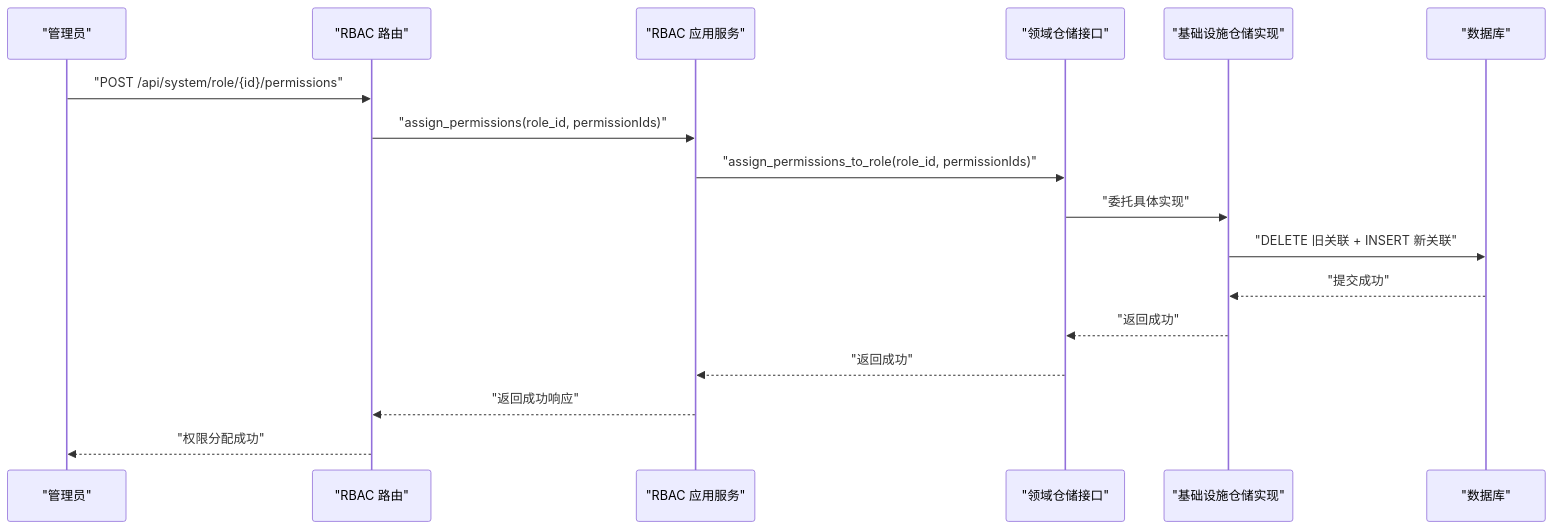
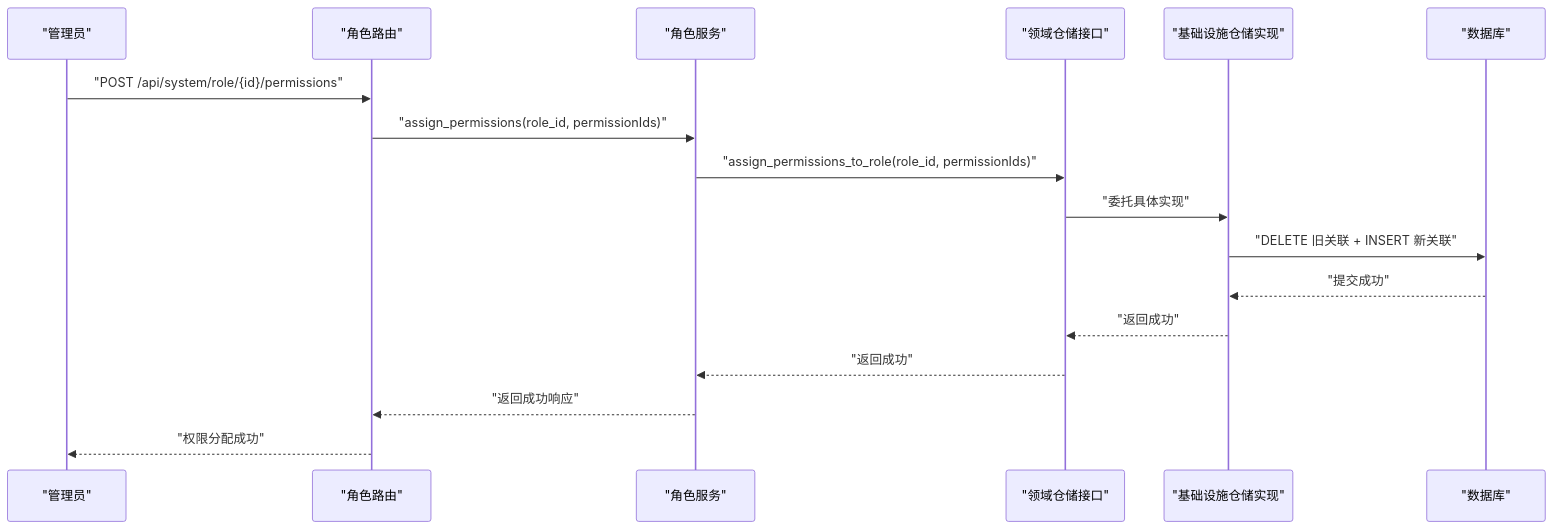
Before and after one commit to taoweidong/Hello-FastApi: the fifth of 8 diagrams in .qoder/repowiki/zh/content/RBAC 权限系统/RBAC 权限系统.md, drawn with Mermaid. The commit also changed other lines of this file and 9 other files, not shown here.

````diff
--- a/.qoder/repowiki/zh/content/RBAC 权限系统/RBAC 权限系统.md
+++ b/.qoder/repowiki/zh/content/RBAC 权限系统/RBAC 权限系统.md
@@ -266,19 +295,19 @@
 ```mermaid
 sequenceDiagram
 participant Admin as "管理员"
-participant API as "RBAC 路由"
-participant Svc as "RBAC 应用服务"
+participant RoleAPI as "角色路由"
+participant RoleSvc as "角色服务"
 participant DomainRepo as "领域仓储接口"
 participant InfraRepo as "基础设施仓储实现"
 participant DB as "数据库"
-Admin->>API : "POST /api/system/role/{id}/permissions"
-API->>Svc : "assign_permissions(role_id, permissionIds)"
-Svc->>DomainRepo : "assign_permissions_to_role(role_id, permissionIds)"
+Admin->>RoleAPI : "POST /api/system/role/{id}/permissions"
+RoleAPI->>RoleSvc : "assign_permissions(role_id, permissionIds)"
+RoleSvc->>DomainRepo : "assign_permissions_to_role(role_id, permissionIds)"
 DomainRepo->>InfraRepo : "委托具体实现"
 InfraRepo->>DB : "DELETE 旧关联 + INSERT 新关联"
 DB-->>InfraRepo : "提交成功"
 InfraRepo-->>DomainRepo : "返回成功"
-DomainRepo-->>Svc : "返回成功"
-Svc-->>API : "返回成功响应"
-API-->>Admin : "权限分配成功"
+DomainRepo-->>RoleSvc : "返回成功"
+RoleSvc-->>RoleAPI : "返回成功响应"
+RoleAPI-->>Admin : "权限分配成功"
 ```
````
